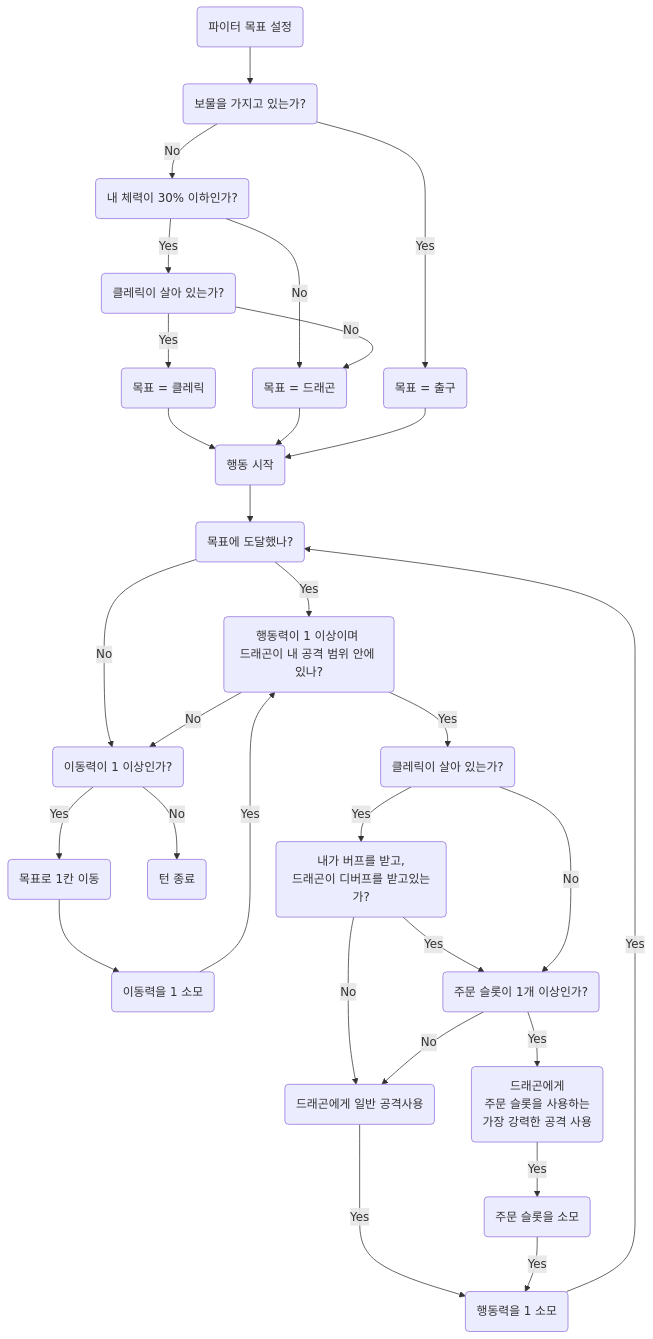
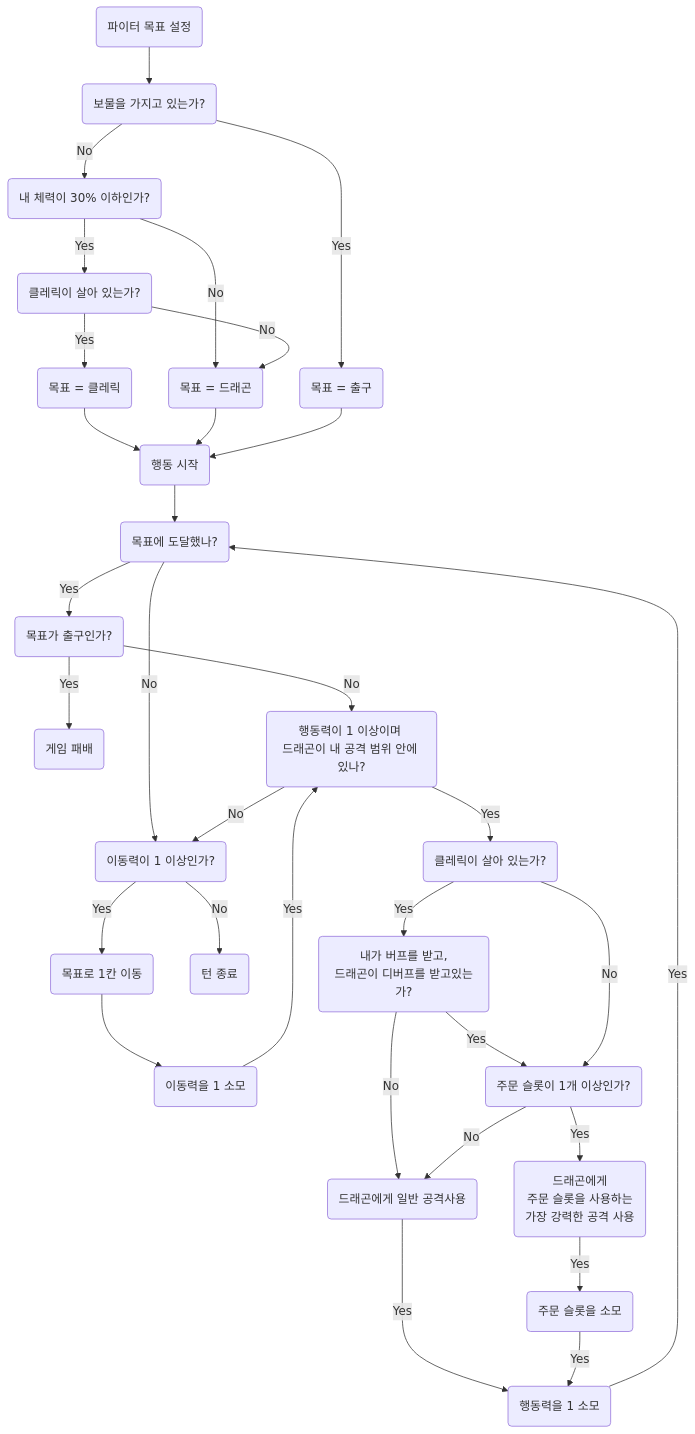
The diagram in architecture/character_flowchart/fighter.mmd (taekyung00/CodePistols_DragonicTactics), drawn with Mermaid before and after one commit. The commit also changed 3 other files, not shown here.

Commit message:
flow chart working

```diff
--- a/architecture/character_flowchart/fighter.mmd
+++ b/architecture/character_flowchart/fighter.mmd
@@ -1,46 +1,49 @@
 flowchart TD
     %% Nodes for fighter
         SettingTarget("파이터 목표 설정")
         SettingTarget--> AreWeInDanger("보물을 가지고 있는가?")
         
-        AreWeInDanger--      "Yes"   --> TargetExit("목표 = 출구")
-        AreWeInDanger--      "No"    --> AmIInDanger("내 체력이 30% 이하인가?")
+        AreWeInDanger--"Yes"--> TargetExit("목표 = 출구")
+        AreWeInDanger--"No"--> AmIInDanger("내 체력이 30% 이하인가?")
         
-        AmIInDanger--      "Yes"   --> IsClericAlive("클레릭이 살아 있는가?")
-        AmIInDanger--      "No"    --> TargetDragon("목표 = 드래곤")
+        AmIInDanger--"Yes"--> IsClericAlive("클레릭이 살아 있는가?")
+        AmIInDanger--"No"--> TargetDragon("목표 = 드래곤")
         
-        IsClericAlive--      "Yes"   --> TargetCleric("목표 = 클레릭")
-        IsClericAlive--      "No"    --> TargetDragon("목표 = 드래곤")
+        IsClericAlive--"Yes"--> TargetCleric("목표 = 클레릭")
+        IsClericAlive--"No"--> TargetDragon("목표 = 드래곤")
         
         
         TargetCleric--> MoveStart("행동 시작")
         TargetDragon--> MoveStart("행동 시작")
         TargetExit--> MoveStart("행동 시작")
 
         MoveStart--> AmIOnTarget("목표에 도달했나?")
 
-        AmIOnTarget--      "Yes"   --> CanIAttack("행동력이 1 이상이며 <br>드래곤이 내 공격 범위 안에 있나?")
-        AmIOnTarget--      "No"    --> CanIMove("이동력이 1 이상인가?")
+        AmIOnTarget--"Yes"--> IsTargetExit("목표가 출구인가?")
+        
+        IsTargetExit--"Yes"--> GameOver("게임 패배")
+        IsTargetExit--"No"--> CanIAttack("행동력이 1 이상이며 <br>드래곤이 내 공격 범위 안에 있나?")
+        AmIOnTarget--"No"--> CanIMove("이동력이 1 이상인가?")
 
-        CanIMove--      "Yes"   --> MoveToTarget("목표로 1칸 이동")
-        CanIMove--      "No"    --> TurnEnd("턴 종료")
+        CanIMove--"Yes"--> MoveToTarget("목표로 1칸 이동")
+        CanIMove--"No"--> TurnEnd("턴 종료")
         MoveToTarget--> DecreaseMovePoint("이동력을 1 소모")
 
-        CanIAttack--      "Yes"   --> IsClericAlive2("클레릭이 살아 있는가?")
-        CanIAttack--      "No"    --> CanIMove("이동력이 1 이상인가?")
-        IsClericAlive2--      "Yes"   --> DoIHaveBuffAndDoesDragonHasDebuff("내가 버프를 받고,<br>드래곤이 디버프를 받고있는가?")
-        DoIHaveBuffAndDoesDragonHasDebuff--      "Yes"   --> DoIHaveSpellSlot("주문 슬롯이 1개 이상인가?")
-        DoIHaveBuffAndDoesDragonHasDebuff--      "No"    --> AttackDragon("드래곤에게 일반 공격사용")
-        IsClericAlive2--      "No"    --> DoIHaveSpellSlot("주문 슬롯이 1개 이상인가?")
-        DoIHaveSpellSlot--      "Yes"   --> SpellAttackDragon("드래곤에게<br>주문 슬롯을 사용하는<br>가장 강력한 공격 사용")
-        DoIHaveSpellSlot--      "No"    --> AttackDragon("드래곤에게 일반 공격사용")
+        CanIAttack--"Yes"--> IsClericAlive2("클레릭이 살아 있는가?")
+        CanIAttack--"No"--> CanIMove("이동력이 1 이상인가?")
+        IsClericAlive2--"Yes"--> DoIHaveBuffAndDoesDragonHasDebuff("내가 버프를 받고,<br>드래곤이 디버프를 받고있는가?")
+        DoIHaveBuffAndDoesDragonHasDebuff--"Yes"--> DoIHaveSpellSlot("주문 슬롯이 1개 이상인가?")
+        DoIHaveBuffAndDoesDragonHasDebuff--"No"--> AttackDragon("드래곤에게 일반 공격사용")
+        IsClericAlive2--"No"--> DoIHaveSpellSlot("주문 슬롯이 1개 이상인가?")
+        DoIHaveSpellSlot--"Yes"--> SpellAttackDragon("드래곤에게<br>주문 슬롯을 사용하는<br>가장 강력한 공격 사용")
+        DoIHaveSpellSlot--"No"--> AttackDragon("드래곤에게 일반 공격사용")
 
-        AttackDragon--      "Yes"   --> DecreaseActionPoint("행동력을 1 소모")
+        AttackDragon--"Yes"--> DecreaseActionPoint("행동력을 1 소모")
 
-        SpellAttackDragon--      "Yes"   --> DecreaseSpellSlot("주문 슬롯을 소모")
-        DecreaseSpellSlot--      "Yes"   --> DecreaseActionPoint("행동력을 1 소모")
+        SpellAttackDragon--"Yes"--> DecreaseSpellSlot("주문 슬롯을 소모")
+        DecreaseSpellSlot--"Yes"--> DecreaseActionPoint("행동력을 1 소모")
 
-        DecreaseMovePoint--      "Yes"   --> CanIAttack("행동력이 1 이상이며 <br>드래곤이 내 공격 범위 안에 있나?")
+        DecreaseMovePoint--"Yes"--> CanIAttack("행동력이 1 이상이며 <br>드래곤이 내 공격 범위 안에 있나?")
         
-        DecreaseActionPoint--      "Yes"   --> AmIOnTarget("목표에 도달했나?")
+        DecreaseActionPoint--"Yes"--> AmIOnTarget("목표에 도달했나?")
     %% You can add notes with two "%" signs in a row!
```
